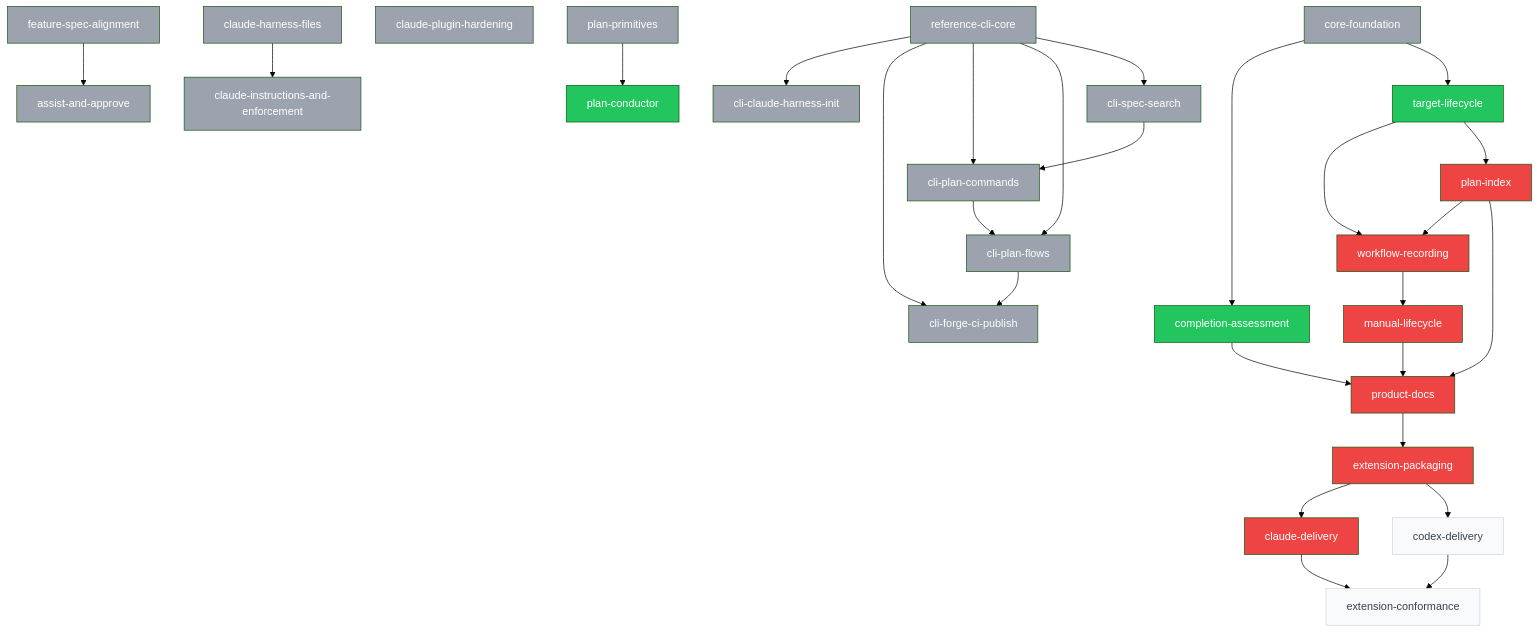
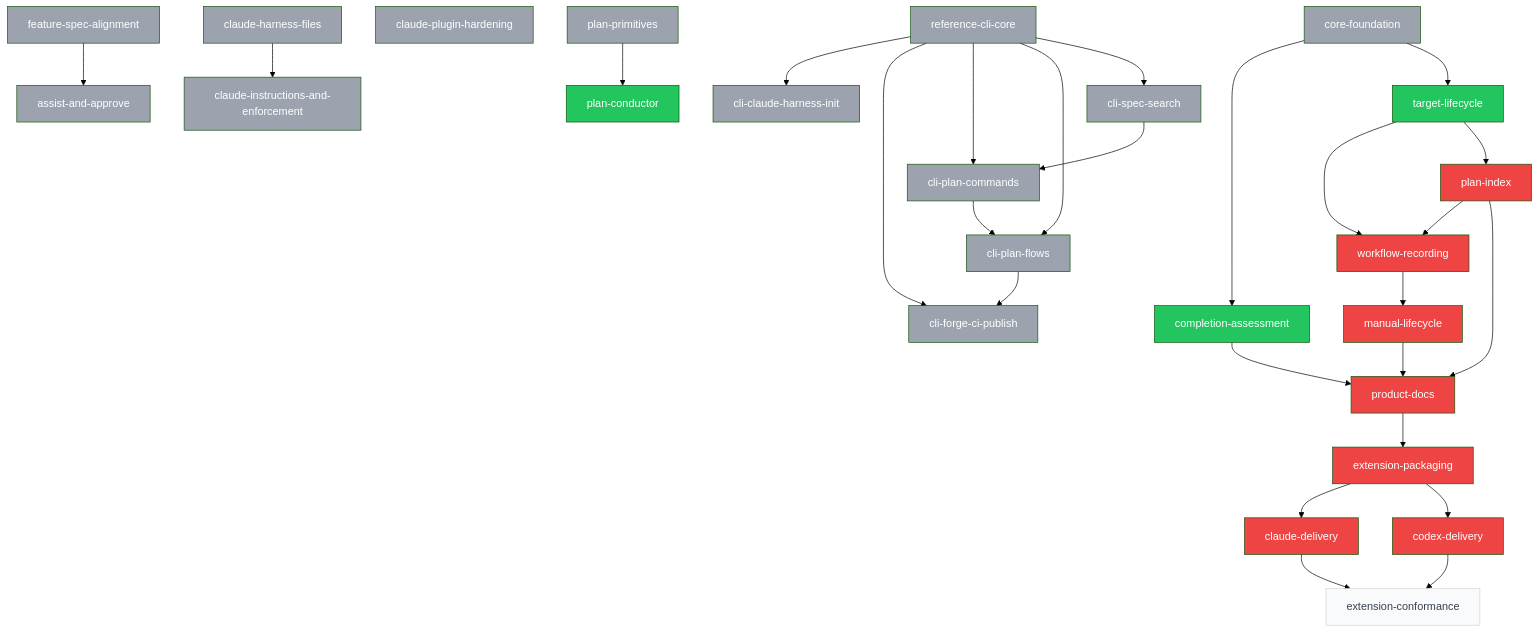
One commit to SpiralSky/specplane changed the diagram in plans/PLANS.md. Above: the diagram before and after it, drawn with Mermaid (forest theme). The commit also changed other lines of this file and 1 other file, not shown here.

Commit message:
docs(2026-11-01-codex-delivery): approve plan
Specplane-Workflow: approve
Specplane-Agent: claude-code/claude-opus-5-5
Specplane-Session: 34265f08-4042-4656-a421-be12c7913e61

````diff
--- a/plans/PLANS.md
+++ b/plans/PLANS.md
@@ -41,60 +41,60 @@
 ```mermaid
 graph TD
     p_2026_10_28_reference_cli_core[reference-cli-core]:::done
     p_2026_10_29_assist_and_approve[assist-and-approve]:::done
     p_2026_10_29_claude_harness_files[claude-harness-files]:::done
     p_2026_10_29_claude_instructions_and_enforcement[claude-instructions-and-enforcement]:::done
     p_2026_10_29_claude_plugin_hardening[claude-plugin-hardening]:::done
     p_2026_10_29_cli_claude_harness_init[cli-claude-harness-init]:::done
     p_2026_10_29_cli_forge_ci_publish[cli-forge-ci-publish]:::done
     p_2026_10_29_cli_plan_commands[cli-plan-commands]:::done
     p_2026_10_29_cli_plan_flows[cli-plan-flows]:::done
     p_2026_10_29_cli_spec_search[cli-spec-search]:::done
     p_2026_10_29_feature_spec_alignment[feature-spec-alignment]:::done
     p_2026_10_30_plan_conductor[plan-conductor]:::ready
     p_2026_10_30_plan_primitives[plan-primitives]:::done
     p_2026_11_01_claude_delivery[claude-delivery]:::blocked
-    p_2026_11_01_codex_delivery[codex-delivery]:::draft
+    p_2026_11_01_codex_delivery[codex-delivery]:::blocked
     p_2026_11_01_core_foundation[core-foundation]:::done
     p_2026_11_01_extension_conformance[extension-conformance]:::draft
     p_2026_11_01_extension_packaging[extension-packaging]:::blocked
     p_2026_11_01_manual_lifecycle[manual-lifecycle]:::blocked
     p_2026_11_01_workflow_recording[workflow-recording]:::blocked
     p_2026_11_02_completion_assessment[completion-assessment]:::ready
     p_2026_11_02_plan_index[plan-index]:::blocked
     p_2026_11_02_product_docs[product-docs]:::blocked
     p_2026_11_02_target_lifecycle[target-lifecycle]:::ready
     p_2026_10_29_feature_spec_alignment --> p_2026_10_29_assist_and_approve
     p_2026_10_29_claude_harness_files --> p_2026_10_29_claude_instructions_and_enforcement
     p_2026_10_28_reference_cli_core --> p_2026_10_29_cli_claude_harness_init
     p_2026_10_28_reference_cli_core --> p_2026_10_29_cli_forge_ci_publish
     p_2026_10_29_cli_plan_flows --> p_2026_10_29_cli_forge_ci_publish
     p_2026_10_28_reference_cli_core --> p_2026_10_29_cli_plan_commands
     p_2026_10_29_cli_spec_search --> p_2026_10_29_cli_plan_commands
     p_2026_10_28_reference_cli_core --> p_2026_10_29_cli_plan_flows
     p_2026_10_29_cli_plan_commands --> p_2026_10_29_cli_plan_flows
     p_2026_10_28_reference_cli_core --> p_2026_10_29_cli_spec_search
     p_2026_10_30_plan_primitives --> p_2026_10_30_plan_conductor
     p_2026_11_01_extension_packaging --> p_2026_11_01_claude_delivery
     p_2026_11_01_extension_packaging --> p_2026_11_01_codex_delivery
     p_2026_11_01_claude_delivery --> p_2026_11_01_extension_conformance
     p_2026_11_01_codex_delivery --> p_2026_11_01_extension_conformance
     p_2026_11_02_product_docs --> p_2026_11_01_extension_packaging
     p_2026_11_01_workflow_recording --> p_2026_11_01_manual_lifecycle
     p_2026_11_02_plan_index --> p_2026_11_01_workflow_recording
     p_2026_11_02_target_lifecycle --> p_2026_11_01_workflow_recording
     p_2026_11_01_core_foundation --> p_2026_11_02_completion_assessment
     p_2026_11_02_target_lifecycle --> p_2026_11_02_plan_index
     p_2026_11_01_manual_lifecycle --> p_2026_11_02_product_docs
     p_2026_11_02_completion_assessment --> p_2026_11_02_product_docs
     p_2026_11_02_plan_index --> p_2026_11_02_product_docs
     p_2026_11_01_core_foundation --> p_2026_11_02_target_lifecycle
     classDef draft fill:#f9fafb,color:#374151,stroke:#d1d5db
     classDef ready fill:#22c55e,color:#fff
     classDef blocked fill:#ef4444,color:#fff
     classDef in_progress fill:#3b82f6,color:#fff
     classDef review fill:#60a5fa,color:#fff
     classDef done fill:#9ca3af,color:#fff
     classDef abandoned fill:#9ca3af,color:#fff,text-decoration:line-through
     classDef shelved fill:#fef3c7,color:#92400e,stroke:#d97706
 ```
````
